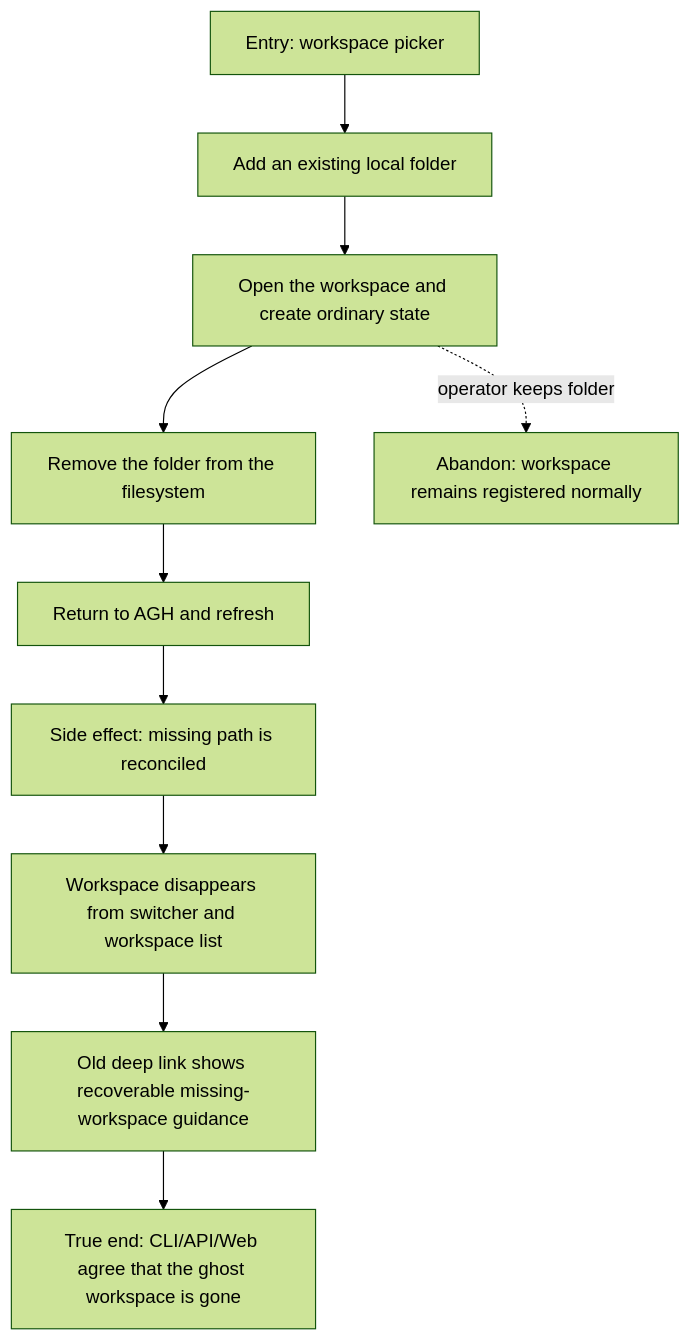
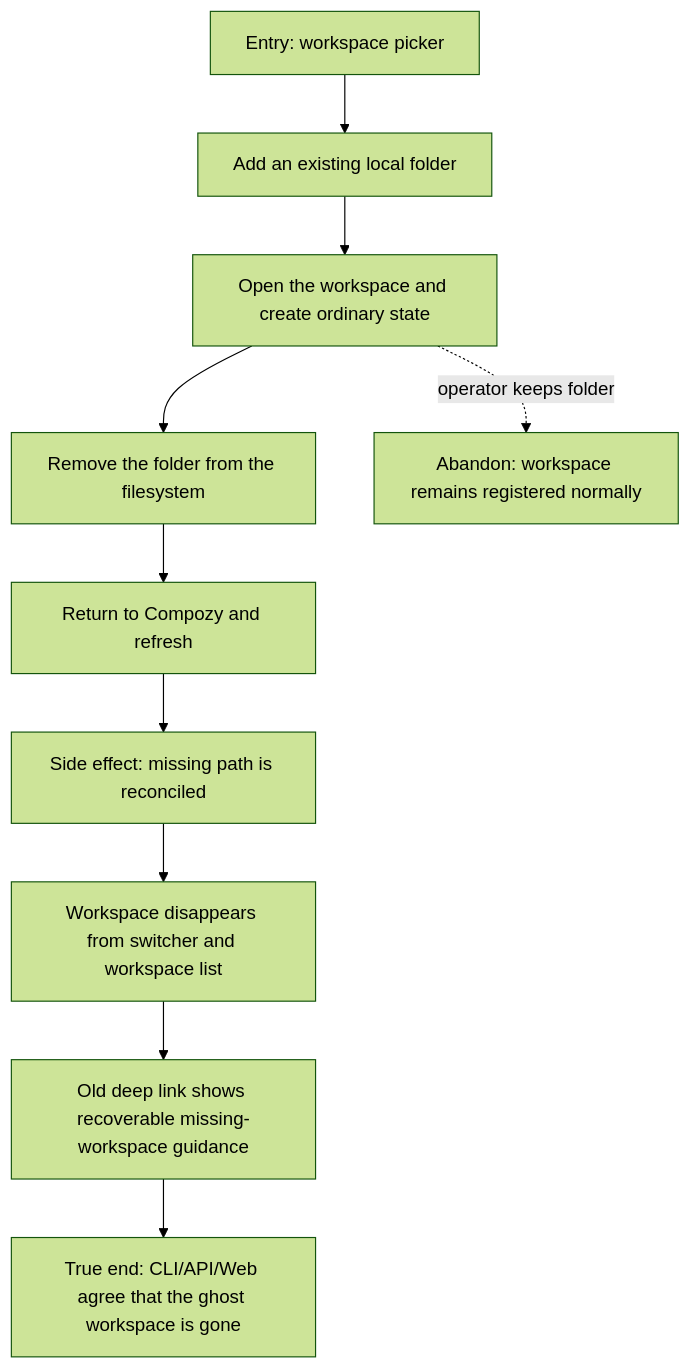
One commit to compozy/compozy changed the diagram in docs/qa/journeys/J-prune-missing-workspace.md. Above: the diagram before and after it, drawn with Mermaid (forest theme). The commit also changed other lines of this file and 831 other files, not shown here.

````diff
--- a/docs/qa/journeys/J-prune-missing-workspace.md
+++ b/docs/qa/journeys/J-prune-missing-workspace.md
@@ -7,12 +7,12 @@
 ```mermaid
 flowchart TD
     E[Entry: workspace picker] --> A[Add an existing local folder]
     A --> U[Open the workspace and create ordinary state]
     U --> X[Remove the folder from the filesystem]
-    X --> R[Return to AGH and refresh]
+    X --> R[Return to Compozy and refresh]
     R --> D[Side effect: missing path is reconciled]
     D --> L[Workspace disappears from switcher and workspace list]
     L --> P[Old deep link shows recoverable missing-workspace guidance]
     P --> TE[True end: CLI/API/Web agree that the ghost workspace is gone]
     U -.->|operator keeps folder| AB[Abandon: workspace remains registered normally]
 ```
````
